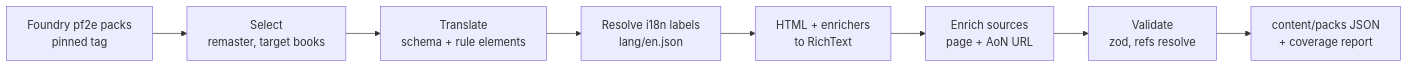
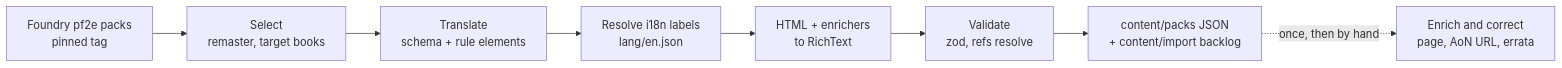
The diagram in docs/architecture/content-model.md (DavidDudson/pioneer), drawn with Mermaid before and after one commit. The commit also changed other lines of this file and 7 other files, not shown here.

First line of the commit message:
docs(adr): import official packs once from Foundry

````diff
--- a/docs/architecture/content-model.md
+++ b/docs/architecture/content-model.md
@@ -473,10 +475,10 @@
 ```mermaid
 flowchart LR
   F[Foundry pf2e packs<br/>pinned tag] --> S[Select<br/>remaster, target books]
   S --> T[Translate<br/>schema + rule elements]
   T --> L[Resolve i18n labels<br/>lang/en.json]
   L --> R[HTML + enrichers<br/>to RichText]
-  R --> E[Enrich sources<br/>page + AoN URL]
-  E --> V[Validate<br/>zod, refs resolve]
-  V --> O[content/packs JSON<br/>+ coverage report]
+  R --> V[Validate<br/>zod, refs resolve]
+  V --> O[content/packs JSON<br/>+ content/import backlog]
+  O -. once, then by hand .-> E[Enrich and correct<br/>page, AoN URL, errata]
 ```
````
